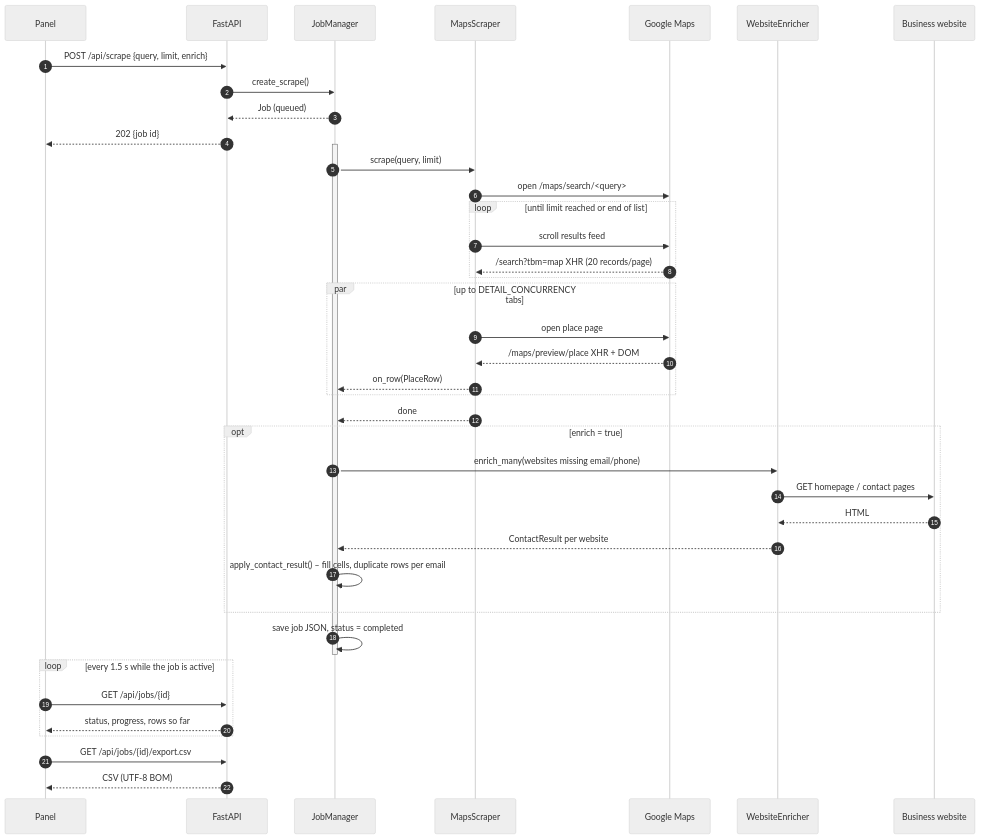
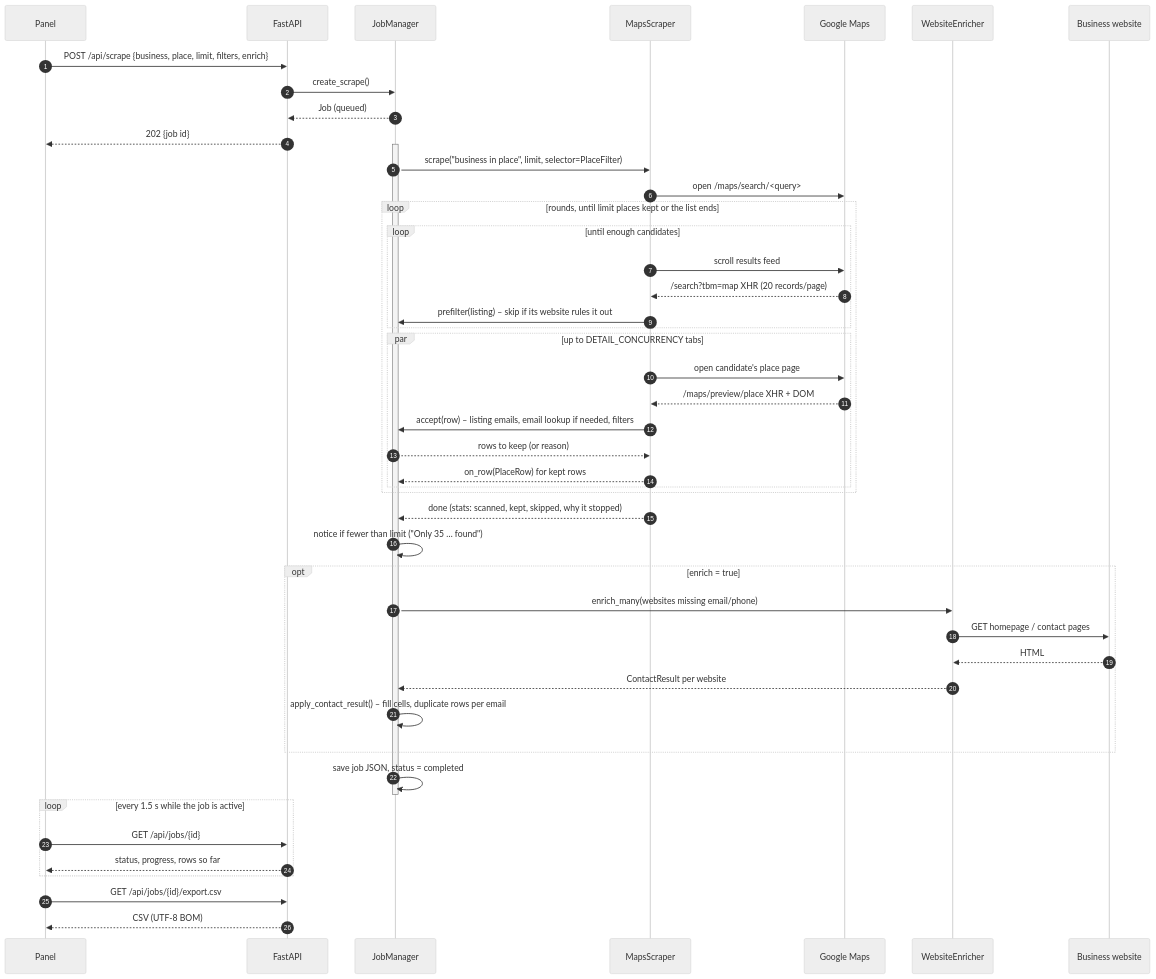
The second of 6 diagrams in docs/ARCHITECTURE.md (wandringspirit/leadspilot-engine), drawn with Mermaid (neutral theme) before and after one commit. The commit also changed other lines of this file and 31 other files, not shown here.

First line of the commit message:
Search by business + place with website / contact filters (v1.2.0)

````diff
--- a/docs/ARCHITECTURE.md
+++ b/docs/ARCHITECTURE.md
@@ -82,44 +86,50 @@
 ```mermaid
 sequenceDiagram
     autonumber
     participant UI as Panel
     participant API as FastAPI
     participant JM as JobManager
     participant S as MapsScraper
     participant G as Google Maps
     participant E as WebsiteEnricher
     participant W as Business website
 
-    UI->>API: POST /api/scrape {query, limit, enrich}
+    UI->>API: POST /api/scrape {business, place, limit, filters, enrich}
     API->>JM: create_scrape()
     JM-->>API: Job (queued)
     API-->>UI: 202 {job id}
     activate JM
-    JM->>S: scrape(query, limit)
+    JM->>S: scrape("business in place", limit, selector=PlaceFilter)
     S->>G: open /maps/search/<query>
-    loop until limit reached or end of list
-        S->>G: scroll results feed
-        G-->>S: /search?tbm=map XHR (20 records/page)
+    loop rounds, until limit places kept or the list ends
+        loop until enough candidates
+            S->>G: scroll results feed
+            G-->>S: /search?tbm=map XHR (20 records/page)
+            S->>JM: prefilter(listing) – skip if its website rules it out
+        end
+        par up to DETAIL_CONCURRENCY tabs
+            S->>G: open candidate's place page
+            G-->>S: /maps/preview/place XHR + DOM
+            S->>JM: accept(row) – listing emails, email lookup if needed, filters
+            JM-->>S: rows to keep (or reason)
+            S-->>JM: on_row(PlaceRow) for kept rows
+        end
     end
-    par up to DETAIL_CONCURRENCY tabs
-        S->>G: open place page
-        G-->>S: /maps/preview/place XHR + DOM
-        S-->>JM: on_row(PlaceRow)
-    end
-    S-->>JM: done
+    S-->>JM: done (stats: scanned, kept, skipped, why it stopped)
+    JM->>JM: notice if fewer than limit ("Only 35 … found")
     opt enrich = true
         JM->>E: enrich_many(websites missing email/phone)
         E->>W: GET homepage / contact pages
         W-->>E: HTML
         E-->>JM: ContactResult per website
         JM->>JM: apply_contact_result() – fill cells, duplicate rows per email
     end
     JM->>JM: save job JSON, status = completed
     deactivate JM
     loop every 1.5 s while the job is active
         UI->>API: GET /api/jobs/{id}
         API-->>UI: status, progress, rows so far
     end
     UI->>API: GET /api/jobs/{id}/export.csv
     API-->>UI: CSV (UTF-8 BOM)
 ```
````
